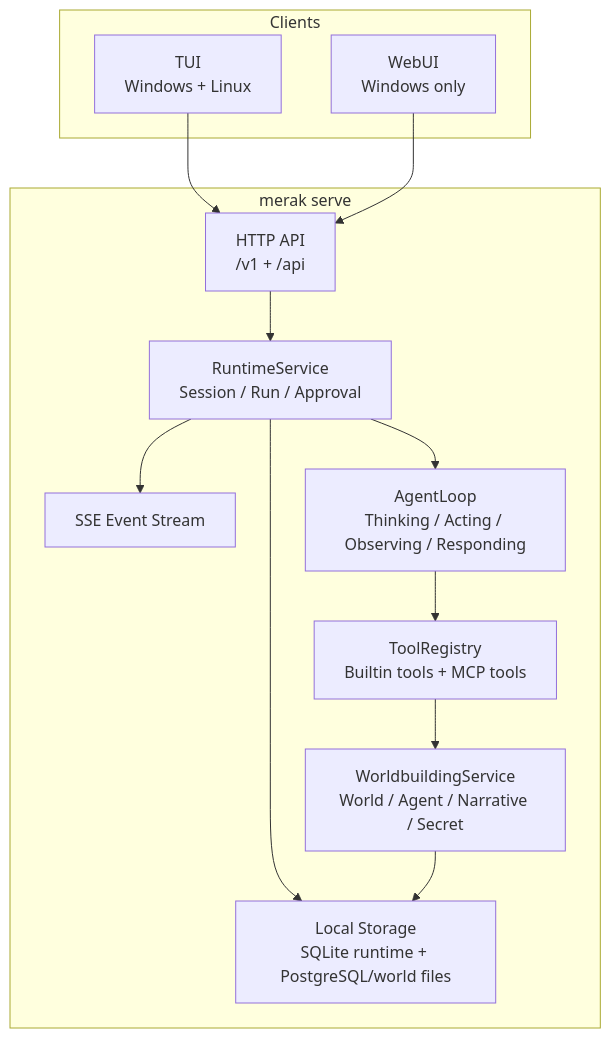
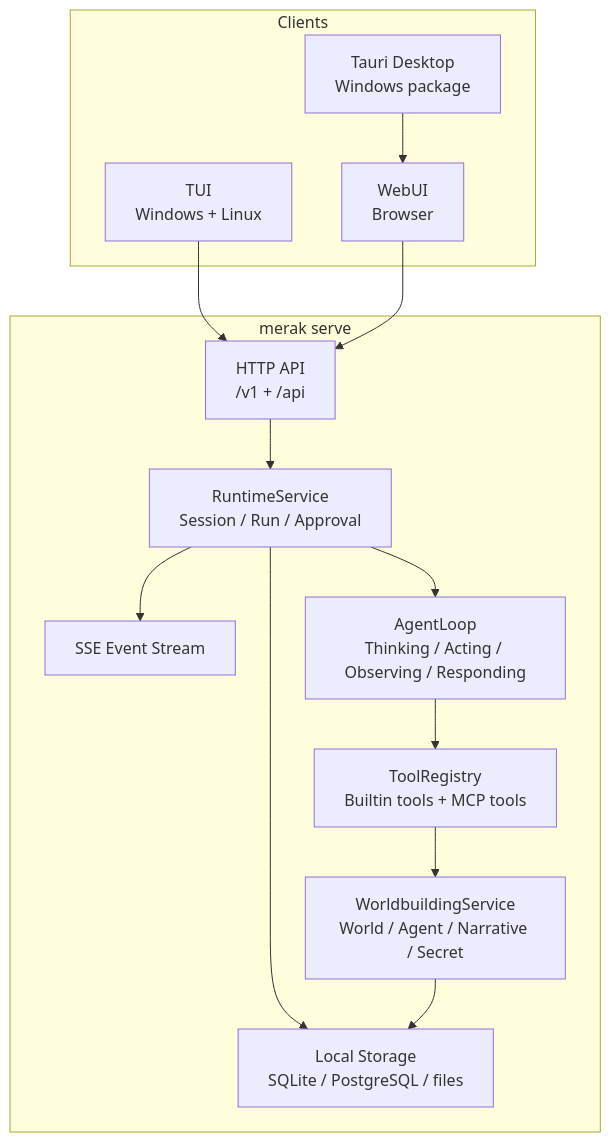
The diagram in README.md (ULookup/Merak), drawn with Mermaid before and after one commit. The commit also changed other lines of this file and 40 other files, not shown here.

````diff
--- a/README.md
+++ b/README.md
@@ -80,27 +77,29 @@
 ```mermaid
 flowchart TB
   subgraph Clients["Clients"]
     TUI["TUI<br/>Windows + Linux"]
-    WebUI["WebUI<br/>Windows only"]
+    WebUI["WebUI<br/>Browser"]
+    Desktop["Tauri Desktop<br/>Windows package"]
   end
 
   subgraph Server["merak serve"]
     HTTP["HTTP API<br/>/v1 + /api"]
     SSE["SSE Event Stream"]
     Runtime["RuntimeService<br/>Session / Run / Approval"]
     Loop["AgentLoop<br/>Thinking / Acting / Observing / Responding"]
     Tools["ToolRegistry<br/>Builtin tools + MCP tools"]
     World["WorldbuildingService<br/>World / Agent / Narrative / Secret"]
-    Storage["Local Storage<br/>SQLite runtime + PostgreSQL/world files"]
+    Storage["Local Storage<br/>SQLite / PostgreSQL / files"]
   end
 
   TUI --> HTTP
   WebUI --> HTTP
+  Desktop --> WebUI
   HTTP --> Runtime
   Runtime --> SSE
   Runtime --> Loop
   Loop --> Tools
   Tools --> World
   Runtime --> Storage
   World --> Storage
 ```
````
